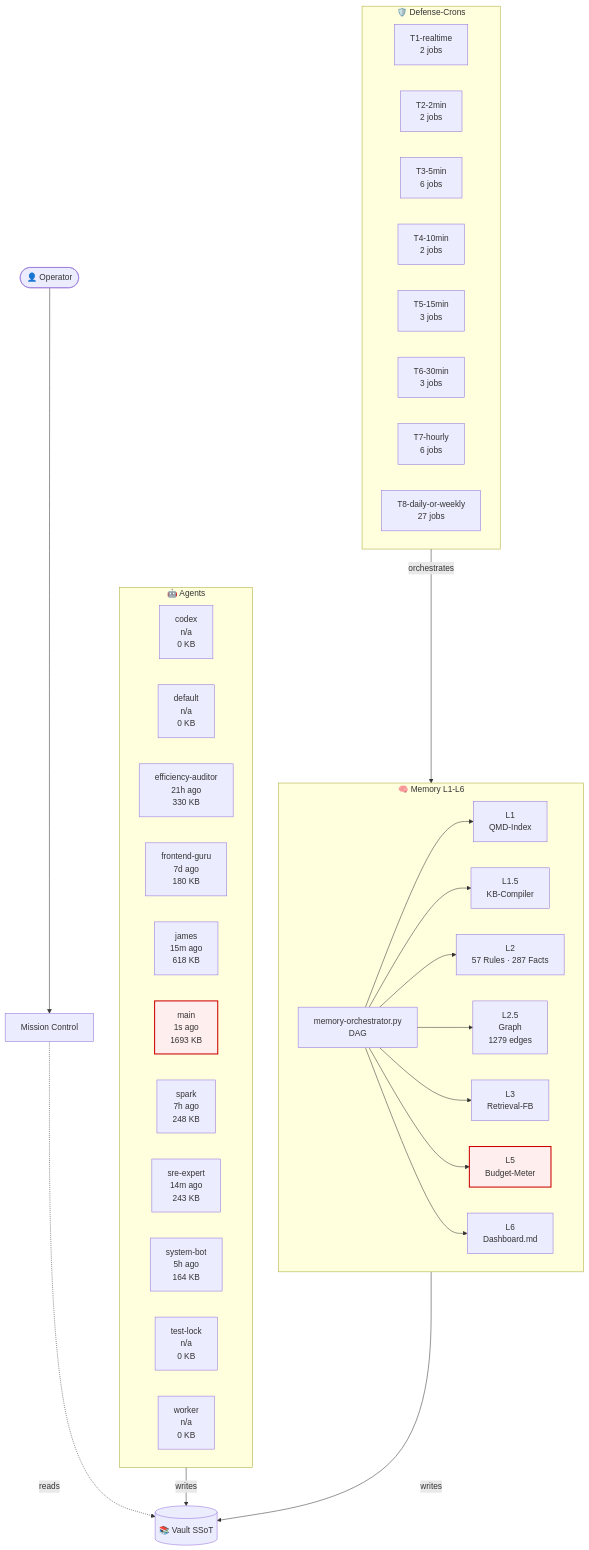
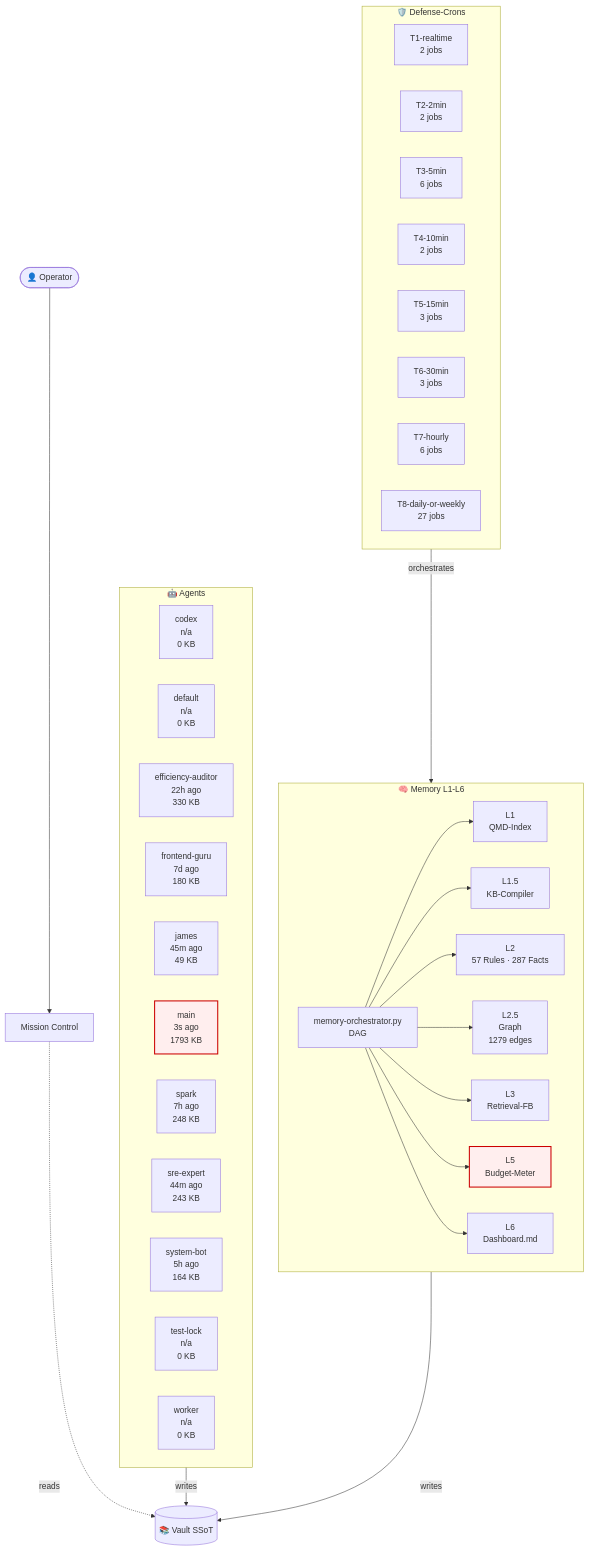
One commit to lenardhuebner88-rgb/openclaw-memory changed the diagram in 03-Agents/architecture-live.md. Above: the diagram before and after it, drawn with Mermaid. The commit also changed other lines of this file and 2 other files, not shown here.

````diff
--- a/03-Agents/architecture-live.md
+++ b/03-Agents/architecture-live.md
@@ -18,54 +18,54 @@
 ```mermaid
 flowchart TB
     classDef critical fill:#fee,stroke:#c00,stroke-width:2px;
     subgraph AGT["🤖 Agents"]
         agent_codex["codex<br/>n/a<br/>0 KB"]
         agent_default["default<br/>n/a<br/>0 KB"]
-        agent_efficiency_auditor["efficiency-auditor<br/>21h ago<br/>330 KB"]
+        agent_efficiency_auditor["efficiency-auditor<br/>22h ago<br/>330 KB"]
         agent_frontend_guru["frontend-guru<br/>7d ago<br/>180 KB"]
-        agent_james["james<br/>15m ago<br/>618 KB"]
-        agent_main["main<br/>1s ago<br/>1693 KB"]
+        agent_james["james<br/>45m ago<br/>49 KB"]
+        agent_main["main<br/>3s ago<br/>1793 KB"]
         agent_spark["spark<br/>7h ago<br/>248 KB"]
-        agent_sre_expert["sre-expert<br/>14m ago<br/>243 KB"]
+        agent_sre_expert["sre-expert<br/>44m ago<br/>243 KB"]
         agent_system_bot["system-bot<br/>5h ago<br/>164 KB"]
         agent_test_lock["test-lock<br/>n/a<br/>0 KB"]
         agent_worker["worker<br/>n/a<br/>0 KB"]
     end
     subgraph MEM["🧠 Memory L1-L6"]
         L1["L1<br/>QMD-Index"]
         L15["L1.5<br/>KB-Compiler"]
         L2["L2<br/>57 Rules · 287 Facts"]
         L25["L2.5<br/>Graph<br/>1279 edges"]
         L3["L3<br/>Retrieval-FB"]
         L5["L5<br/>Budget-Meter"]
         L6["L6<br/>Dashboard.md"]
         ORCH["memory-orchestrator.py<br/>DAG"]
     end
     subgraph CRN["🛡️ Defense-Crons"]
         tier_T1_realtime["T1-realtime<br/>2 jobs"]
         tier_T2_2min["T2-2min<br/>2 jobs"]
         tier_T3_5min["T3-5min<br/>6 jobs"]
         tier_T4_10min["T4-10min<br/>2 jobs"]
         tier_T5_15min["T5-15min<br/>3 jobs"]
         tier_T6_30min["T6-30min<br/>3 jobs"]
         tier_T7_hourly["T7-hourly<br/>6 jobs"]
         tier_T8_daily_or_weekly["T8-daily-or-weekly<br/>27 jobs"]
     end
     VAULT[("📚 Vault SSoT")]
     OP([👤 Operator])
     MC["Mission Control"]
     OP --> MC
     MC -.reads.-> VAULT
     AGT -->|writes| VAULT
     MEM -->|writes| VAULT
     ORCH --> L1
     ORCH --> L15
     ORCH --> L2
     ORCH --> L25
     ORCH --> L3
     ORCH --> L5
     ORCH --> L6
     CRN -->|orchestrates| MEM
     class L5 critical
     class agent_main critical
 ```
````
